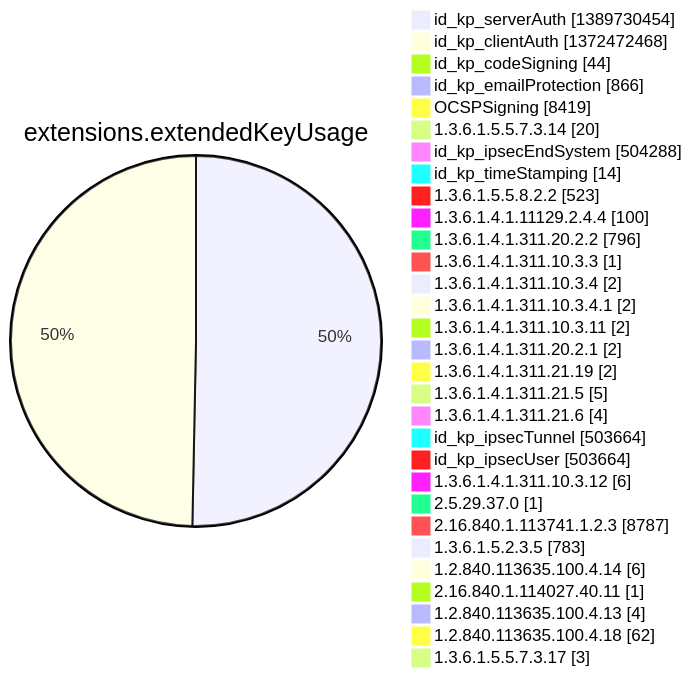
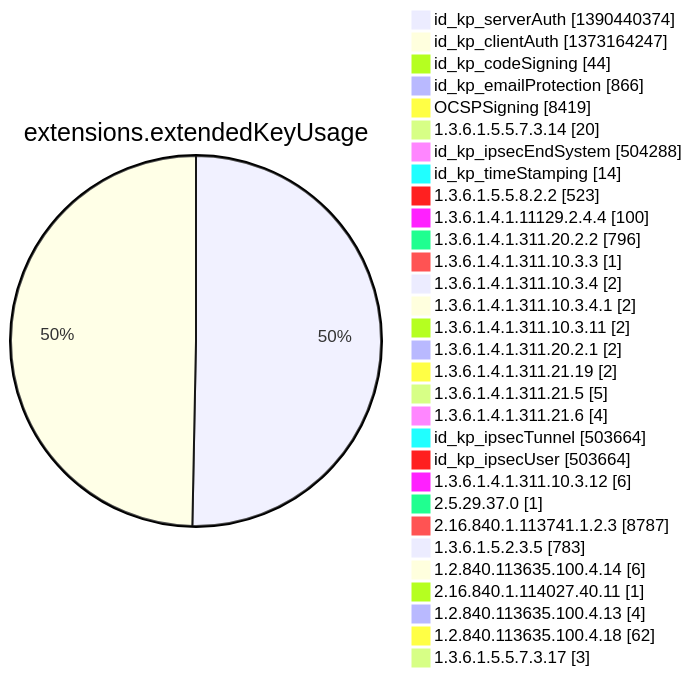
Before and after one commit to christiankrug/ctmonitor_visualization: diagram 12 of 15 in argon2022/README.md, drawn with Mermaid. The commit also changed other lines of this file, not shown here.

````diff
--- a/argon2022/README.md
+++ b/argon2022/README.md
@@ -3554,34 +3554,34 @@
 ```mermaid
 pie showData
 title extensions.extendedKeyUsage
-"id_kp_serverAuth" :1389730454
-"id_kp_clientAuth" :1372472468
+"id_kp_serverAuth" :1390440374
+"id_kp_clientAuth" :1373164247
 "id_kp_codeSigning" :44
 "id_kp_emailProtection" :866
 "OCSPSigning" :8419
 "1.3.6.1.5.5.7.3.14" :20
 "id_kp_ipsecEndSystem" :504288
 "id_kp_timeStamping" :14
 "1.3.6.1.5.5.8.2.2" :523
 "1.3.6.1.4.1.11129.2.4.4" :100
 "1.3.6.1.4.1.311.20.2.2" :796
 "1.3.6.1.4.1.311.10.3.3" :1
 "1.3.6.1.4.1.311.10.3.4" :2
 "1.3.6.1.4.1.311.10.3.4.1" :2
 "1.3.6.1.4.1.311.10.3.11" :2
 "1.3.6.1.4.1.311.20.2.1" :2
 "1.3.6.1.4.1.311.21.19" :2
 "1.3.6.1.4.1.311.21.5" :5
 "1.3.6.1.4.1.311.21.6" :4
 "id_kp_ipsecTunnel" :503664
 "id_kp_ipsecUser" :503664
 "1.3.6.1.4.1.311.10.3.12" :6
 "2.5.29.37.0" :1
 "2.16.840.1.113741.1.2.3" :8787
 "1.3.6.1.5.2.3.5" :783
 "1.2.840.113635.100.4.14" :6
 "2.16.840.1.114027.40.11" :1
 "1.2.840.113635.100.4.13" :4
 "1.2.840.113635.100.4.18" :62
 "1.3.6.1.5.5.7.3.17" :3
 ```
````
